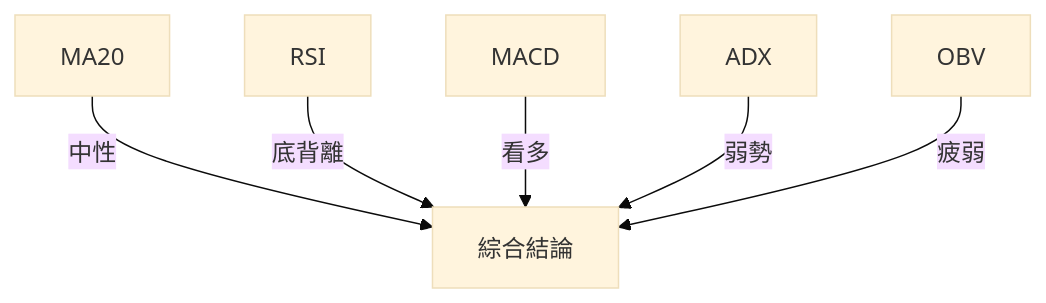
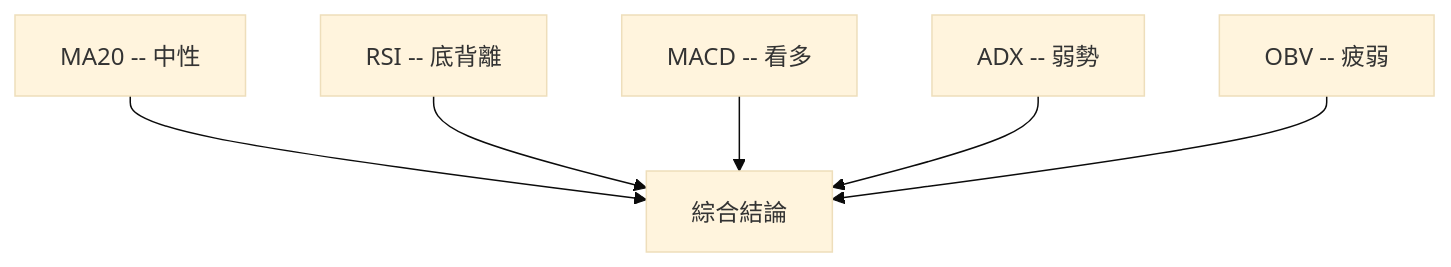
One commit to yennanliu/finance_data changed the fifth of 11 diagrams in ai_gen_report/stock/nvda/technical_analysis_2026-04-03_openai.md. Above: the diagram before and after it, drawn with Mermaid (base theme). The commit also changed other lines of this file and 2258 other files, not shown here.

First line of the commit message:
chore: backfill Mermaid syntax repair across existing reports

````diff
--- a/ai_gen_report/stock/nvda/technical_analysis_2026-04-03_openai.md
+++ b/ai_gen_report/stock/nvda/technical_analysis_2026-04-03_openai.md
@@ -233,8 +233,8 @@
 ```mermaid
 graph TD
-    MA20 -- 中性 --> 綜合結論
-    RSI -- 底背離 --> 綜合結論
-    MACD -- 看多 --> 綜合結論
-    ADX -- 弱勢 --> 綜合結論
-    OBV -- 疲弱 --> 綜合結論
+    nb1["MA20 -- 中性"] --> 綜合結論
+    nb2["RSI -- 底背離"] --> 綜合結論
+    nb3["MACD -- 看多"] --> 綜合結論
+    nb4["ADX -- 弱勢"] --> 綜合結論
+    nb5["OBV -- 疲弱"] --> 綜合結論
 ```
````
